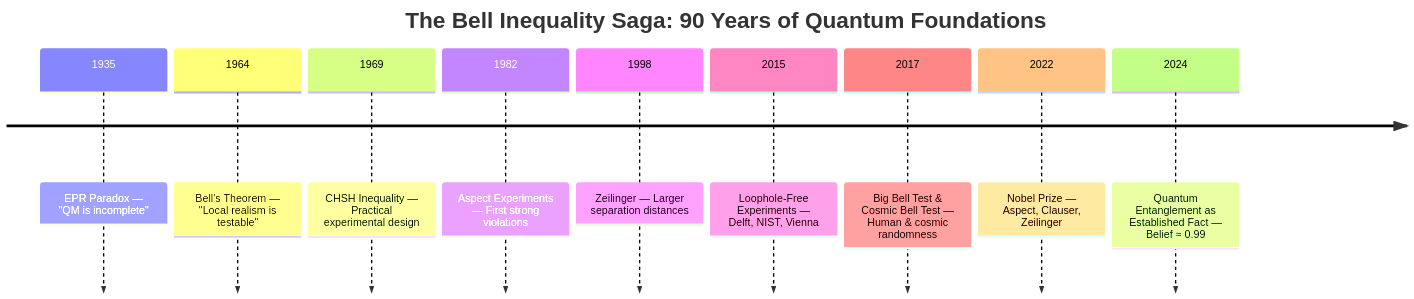
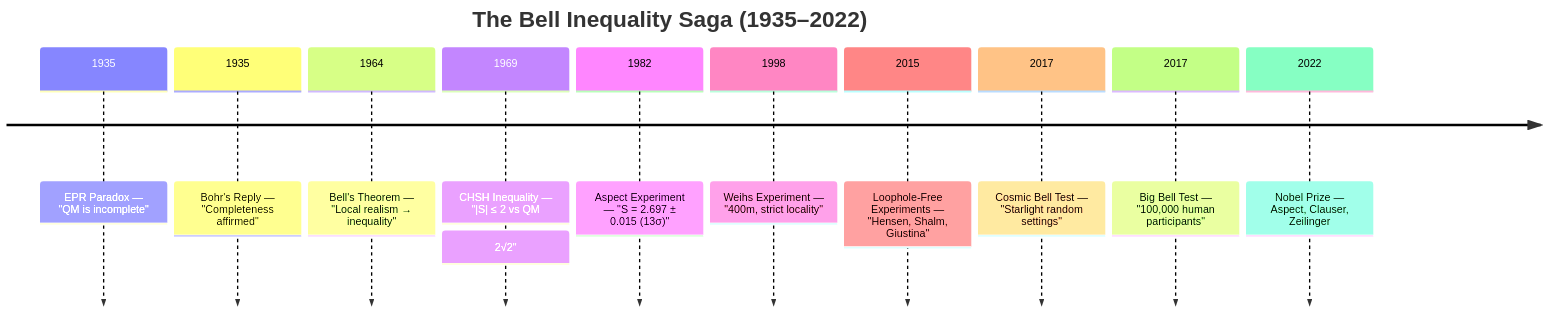
One commit to newtontech/bell-inequality-gaia changed the first of 8 diagrams in README.md. Above: the diagram before and after it, drawn with Mermaid. The commit also changed other lines of this file, not shown here.

Commit message:
Rebuild: chained belief propagation across 4 phases

````diff
--- a/README.md
+++ b/README.md
@@ -23,13 +9,14 @@
 ```mermaid
 timeline
-    title The Bell Inequality Saga: 90 Years of Quantum Foundations
+    title The Bell Inequality Saga (1935–2022)
     1935 : EPR Paradox — "QM is incomplete"
-    1964 : Bell's Theorem — "Local realism is testable"
-    1969 : CHSH Inequality — Practical experimental design
-    1982 : Aspect Experiments — First strong violations
-    1998 : Zeilinger — Larger separation distances
-    2015 : Loophole-Free Experiments — Delft, NIST, Vienna
-    2017 : Big Bell Test & Cosmic Bell Test — Human & cosmic randomness
+    1935 : Bohr's Reply — "Completeness affirmed"
+    1964 : Bell's Theorem — "Local realism → inequality"
+    1969 : CHSH Inequality — "|S| ≤ 2 vs QM: 2√2"
+    1982 : Aspect Experiment — "S = 2.697 ± 0.015 (13σ)"
+    1998 : Weihs Experiment — "400m, strict locality"
+    2015 : Loophole-Free Experiments — "Hensen, Shalm, Giustina"
+    2017 : Cosmic Bell Test — "Starlight random settings"
+    2017 : Big Bell Test — "100,000 human participants"
     2022 : Nobel Prize — Aspect, Clauser, Zeilinger
-    2024 : Quantum Entanglement as Established Fact — Belief ≈ 0.99
 ```
````
